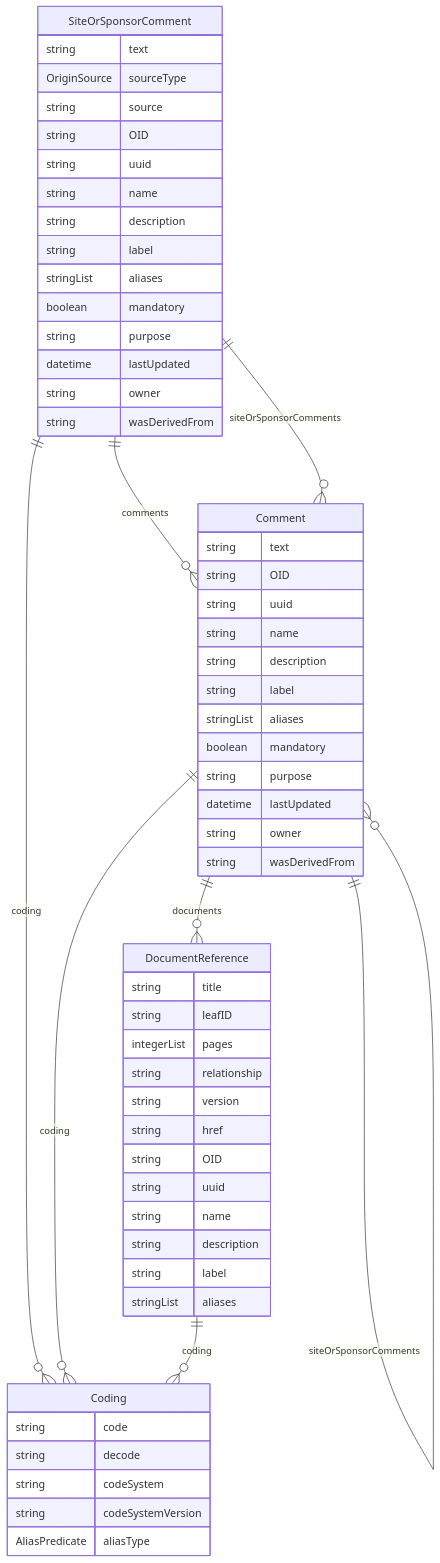
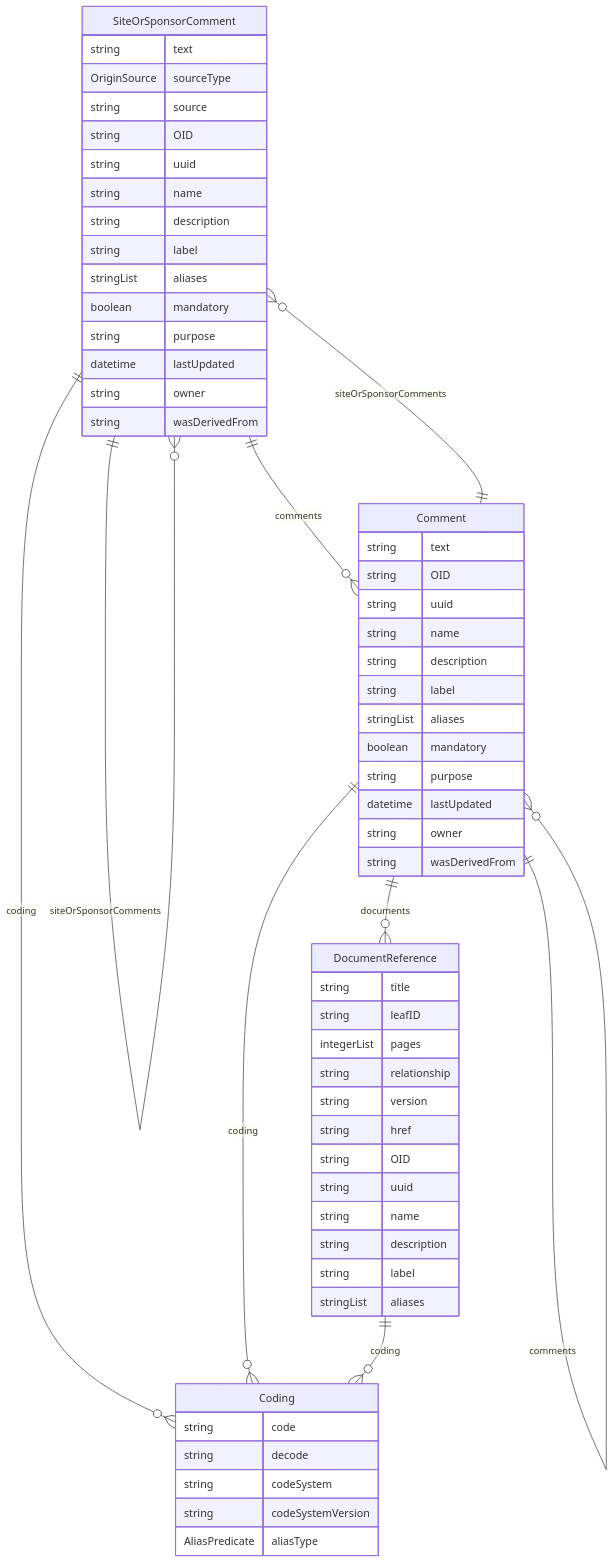
One commit to TeMeta/define-json changed the diagram in docs/classes/SiteOrSponsorComment.md. Above: the diagram before and after it, drawn with Mermaid. The commit also changed other lines of this file and 98 other files, not shown here.

````diff
--- a/docs/classes/SiteOrSponsorComment.md
+++ b/docs/classes/SiteOrSponsorComment.md
@@ -16,64 +16,64 @@
 ```mermaid
 erDiagram
 SiteOrSponsorComment {
     string text  
     OriginSource sourceType  
     string source  
     string OID  
     string uuid  
     string name  
     string description  
     string label  
     stringList aliases  
     boolean mandatory  
     string purpose  
     datetime lastUpdated  
     string owner  
     string wasDerivedFrom  
 }
 Comment {
     string text  
     string OID  
     string uuid  
     string name  
     string description  
     string label  
     stringList aliases  
     boolean mandatory  
     string purpose  
     datetime lastUpdated  
     string owner  
     string wasDerivedFrom  
 }
 Coding {
     string code  
     string decode  
     string codeSystem  
     string codeSystemVersion  
     AliasPredicate aliasType  
 }
 DocumentReference {
     string title  
     string leafID  
     integerList pages  
     string relationship  
     string version  
     string href  
     string OID  
     string uuid  
     string name  
     string description  
     string label  
     stringList aliases  
 }
 
 SiteOrSponsorComment ||--}o Coding : "coding"
 SiteOrSponsorComment ||--}o Comment : "comments"
-SiteOrSponsorComment ||--}o Comment : "siteOrSponsorComments"
+SiteOrSponsorComment ||--}o SiteOrSponsorComment : "siteOrSponsorComments"
 Comment ||--}o DocumentReference : "documents"
 Comment ||--}o Coding : "coding"
 Comment ||--}o Comment : "comments"
-Comment ||--}o Comment : "siteOrSponsorComments"
+Comment ||--}o SiteOrSponsorComment : "siteOrSponsorComments"
 DocumentReference ||--}o Coding : "coding"
 
 ```
````
